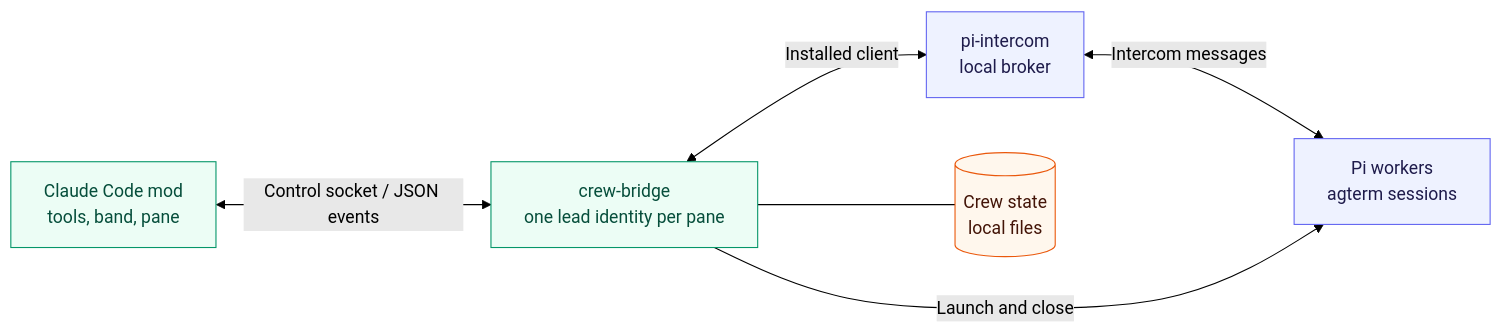
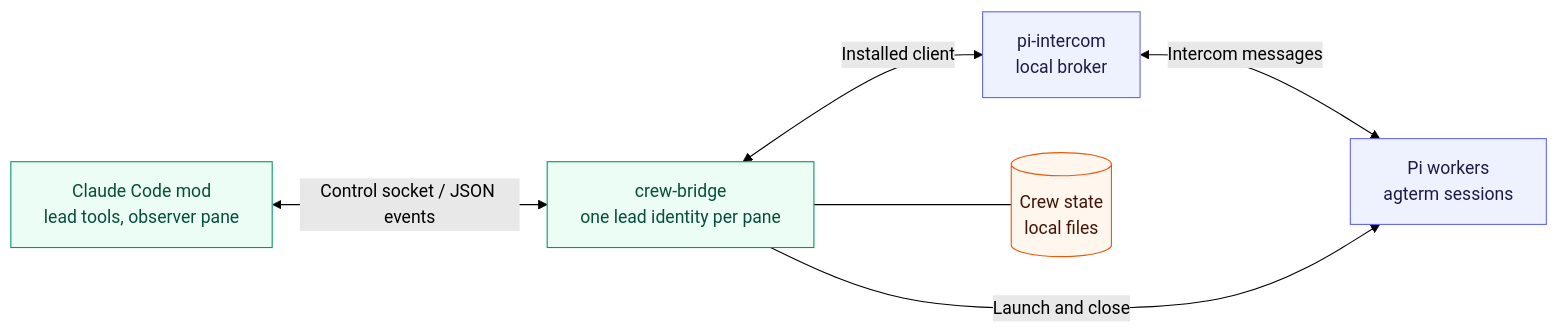
The first of 3 diagrams in docs/architecture.md (alexei-led/pi-crew), drawn with Mermaid (forest theme) before and after one commit. The commit also changed other lines of this file and 21 other files, not shown here.

````diff
--- a/docs/architecture.md
+++ b/docs/architecture.md
@@ -8,19 +8,19 @@
 ```mermaid
 flowchart LR
-    Mod["Claude Code mod<br/>tools, band, pane"]
+    Mod["Claude Code mod<br/>lead tools, observer pane"]
     Bridge["crew-bridge<br/>one lead identity per pane"]
     Broker["pi-intercom<br/>local broker"]
     Workers["Pi workers<br/>agterm sessions"]
     State[("Crew state<br/>local files")]
     Mod <-->|Control socket / JSON events| Bridge
     Bridge <-->|Installed client| Broker
     Broker <-->|Intercom messages| Workers
     Bridge -->|Launch and close| Workers
     Bridge --- State
     classDef core fill:#ecfdf5,stroke:#059669,color:#064e3b
     classDef ext fill:#eef2ff,stroke:#6366f1,color:#1e1b4b
     classDef store fill:#fff7ed,stroke:#ea580c,color:#431407
     class Mod,Bridge core
     class Broker,Workers ext
     class State store
 ```
````
